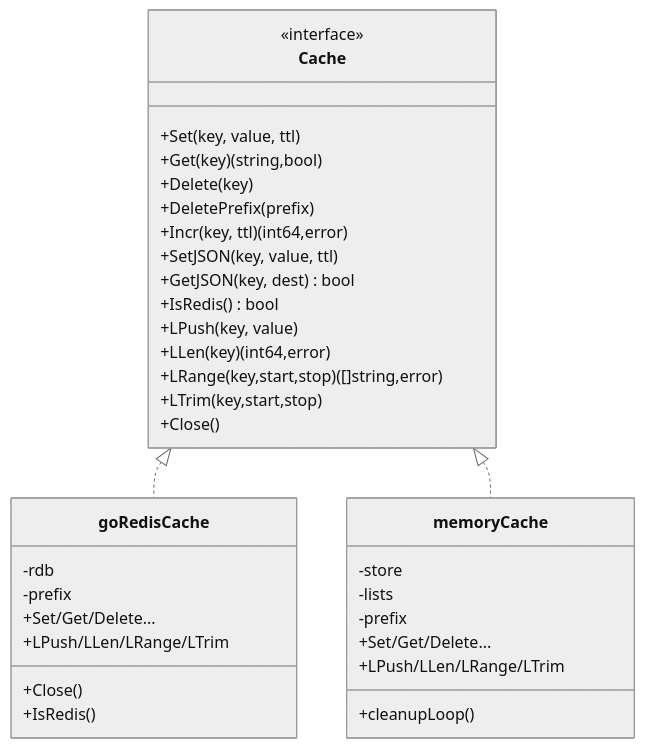
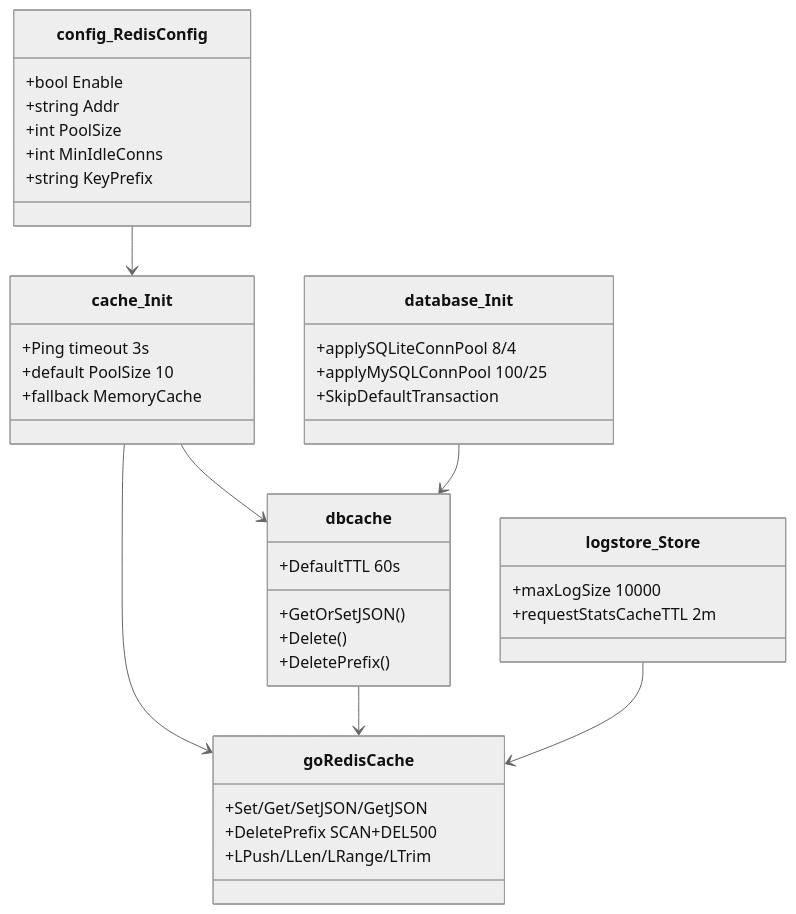
The fifth of 5 diagrams in docs/部署运维/性能优化与调优.md (x01n/dnsplane), drawn with Mermaid (neutral theme) before and after one commit. The commit also changed other lines of this file and 326 other files, not shown here.

````diff
--- a/docs/部署运维/性能优化与调优.md
+++ b/docs/部署运维/性能优化与调优.md
@@ -193,37 +567,41 @@
 ```mermaid
 classDiagram
-class Cache {
-<<interface>>
-+Set(key, value, ttl)
-+Get(key) (string,bool)
-+Delete(key)
-+DeletePrefix(prefix)
-+Incr(key, ttl) (int64,error)
-+SetJSON(key, value, ttl)
-+GetJSON(key, dest) bool
-+IsRedis() bool
-+LPush(key, value)
-+LLen(key) (int64,error)
-+LRange(key,start,stop) ([]string,error)
-+LTrim(key,start,stop)
-+Close()
+class config_RedisConfig {
++bool Enable
++string Addr
++int PoolSize
++int MinIdleConns
++string KeyPrefix
+}
+class cache_Init {
++Ping timeout 3s
++default PoolSize 10
++fallback MemoryCache
+}
+class dbcache {
++DefaultTTL 60s
++GetOrSetJSON()
++Delete()
++DeletePrefix()
 }
 class goRedisCache {
--rdb
--prefix
-+Set/Get/Delete...
++Set/Get/SetJSON/GetJSON
++DeletePrefix SCAN+DEL500
 +LPush/LLen/LRange/LTrim
-+Close()
-+IsRedis()
 }
-class memoryCache {
--store
--lists
--prefix
-+Set/Get/Delete...
-+LPush/LLen/LRange/LTrim
-+cleanupLoop()
+class logstore_Store {
++maxLogSize 10000
++requestStatsCacheTTL 2m
 }
-Cache <|.. goRedisCache
-Cache <|.. memoryCache
+class database_Init {
++applySQLiteConnPool 8/4
++applyMySQLConnPool 100/25
++SkipDefaultTransaction
+}
+config_RedisConfig --> cache_Init
+cache_Init --> goRedisCache
+cache_Init --> dbcache
+dbcache --> goRedisCache
+logstore_Store --> goRedisCache
+database_Init --> dbcache
 ```
````
